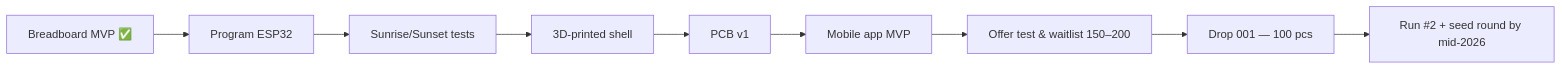
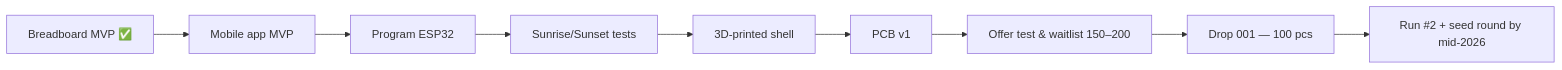
One commit to Sophiaacodes/Sophiaacodes changed the diagram in README.md. Above: the diagram before and after it, drawn with Mermaid. The commit also changed other lines of this file, not shown here.

````diff
--- a/README.md
+++ b/README.md
@@ -40,14 +40,14 @@
 ```mermaid
   graph LR
-  A["Breadboard MVP ✅"] --> B["Program ESP32"]
-  B --> C["Sunrise/Sunset tests"]
-  C --> D["3D-printed shell"]
-  D --> E["PCB v1"]
-  E --> F["Mobile app MVP"]
+  A["Breadboard MVP ✅"] --> B["Mobile app MVP"]
+  B --> C["Program ESP32"]
+  C --> D["Sunrise/Sunset tests"]
+  D --> E["3D-printed shell"]
+  E --> F["PCB v1"]
   F --> G["Offer test & waitlist 150–200"]
   G --> H["Drop 001 — 100 pcs"]
   H --> I["Run #2 + seed round by mid-2026"]
 
 
 
 ```
````
